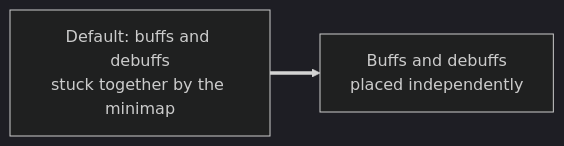
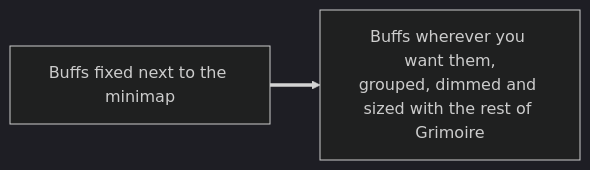
One commit to PhillypHenning/grimoire changed the first of 2 diagrams in docs/features/auras/README.md. Above: the diagram before and after it, drawn with Mermaid (dark theme). The commit also changed other lines of this file and 14 other files, not shown here.

First line of the commit message:
Auras: move Blizzard's buff frame; add Grimoire_Tweaks (graphics CVars)

````diff
--- a/docs/features/auras/README.md
+++ b/docs/features/auras/README.md
@@ -14,4 +14,4 @@
 ```mermaid
 flowchart LR
-    D[Default: buffs and debuffs<br/>stuck together by the minimap] ==> G[Buffs and debuffs<br/>placed independently]
+    D[Buffs fixed next to the minimap] ==> G[Buffs wherever you want them,<br/>grouped, dimmed and sized with the rest of Grimoire]
 ```
````
